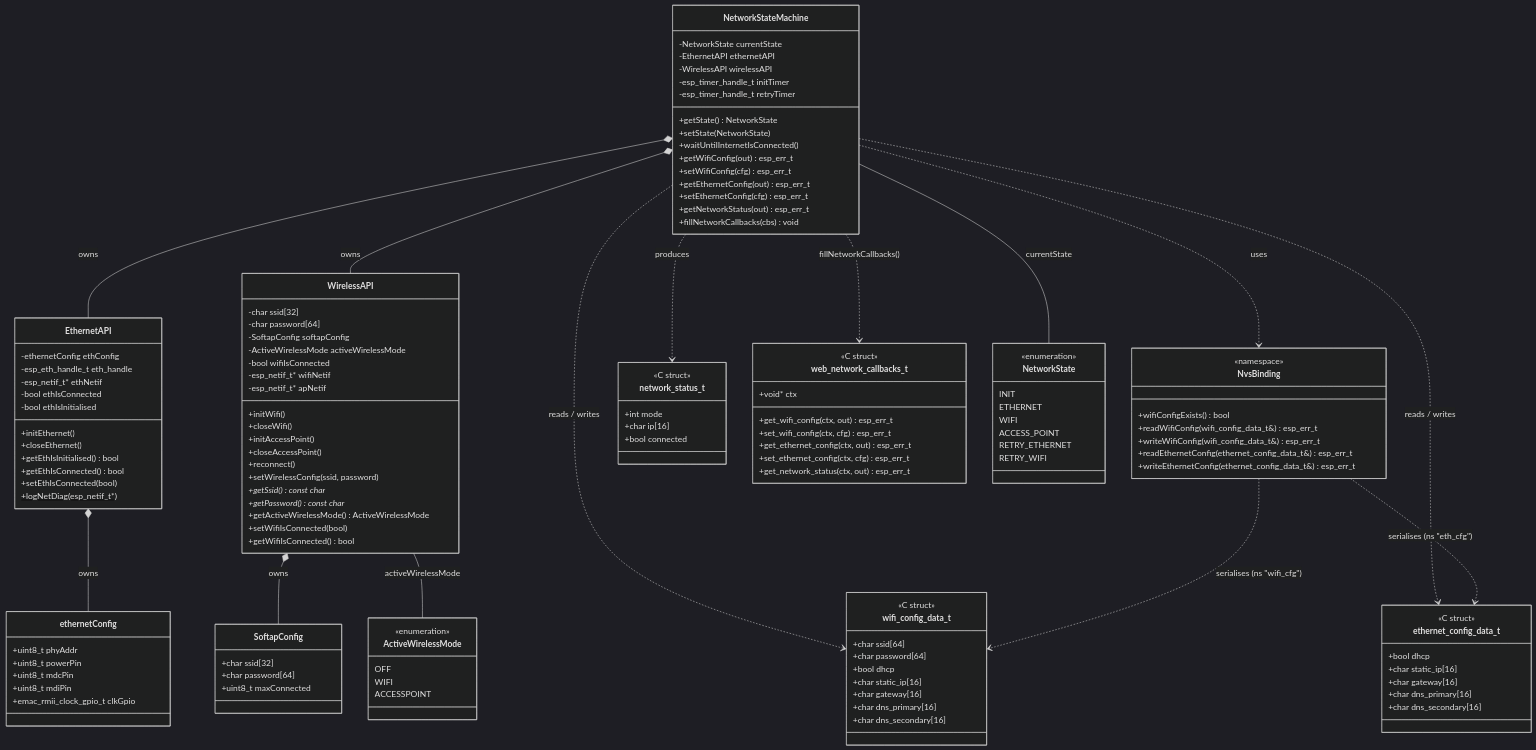
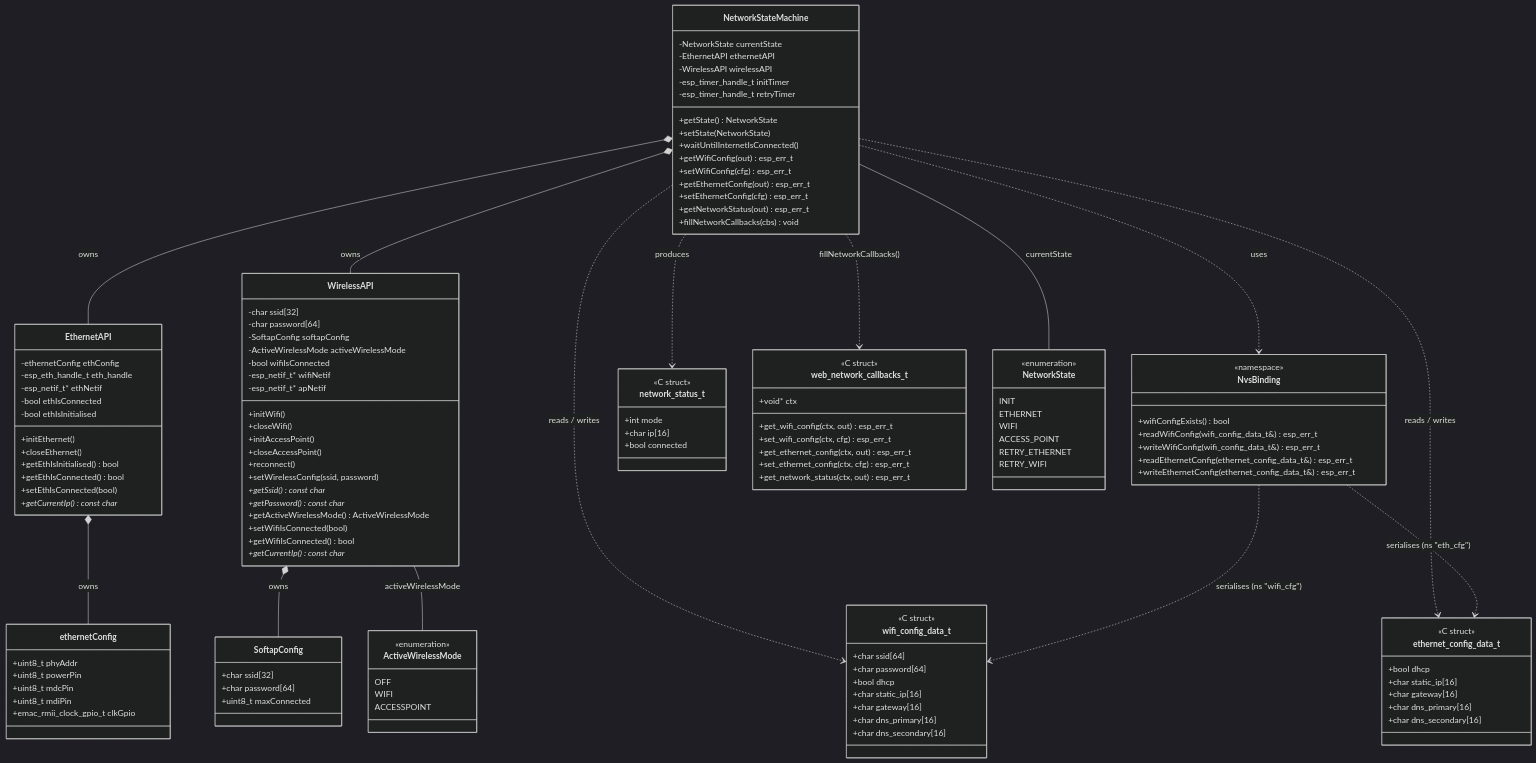
The first of 2 diagrams in components/network/README.md (codm/czc-unified), drawn with Mermaid (dark theme) before and after one commit. The commit also changed 6 other files, not shown here.

```diff
--- a/components/network/README.md
+++ b/components/network/README.md
@@ -39,7 +39,7 @@
         +getEthIsInitialised() bool
         +getEthIsConnected() bool
         +setEthIsConnected(bool)
-        +logNetDiag(esp_netif_t*)$
+        +getCurrentIp() const char*
     }
 
     class WirelessAPI {
@@ -61,6 +61,7 @@
         +getActiveWirelessMode() ActiveWirelessMode
         +setWifiIsConnected(bool)
         +getWifiIsConnected() bool
+        +getCurrentIp() const char*
     }
 
     class NvsBinding {
```
